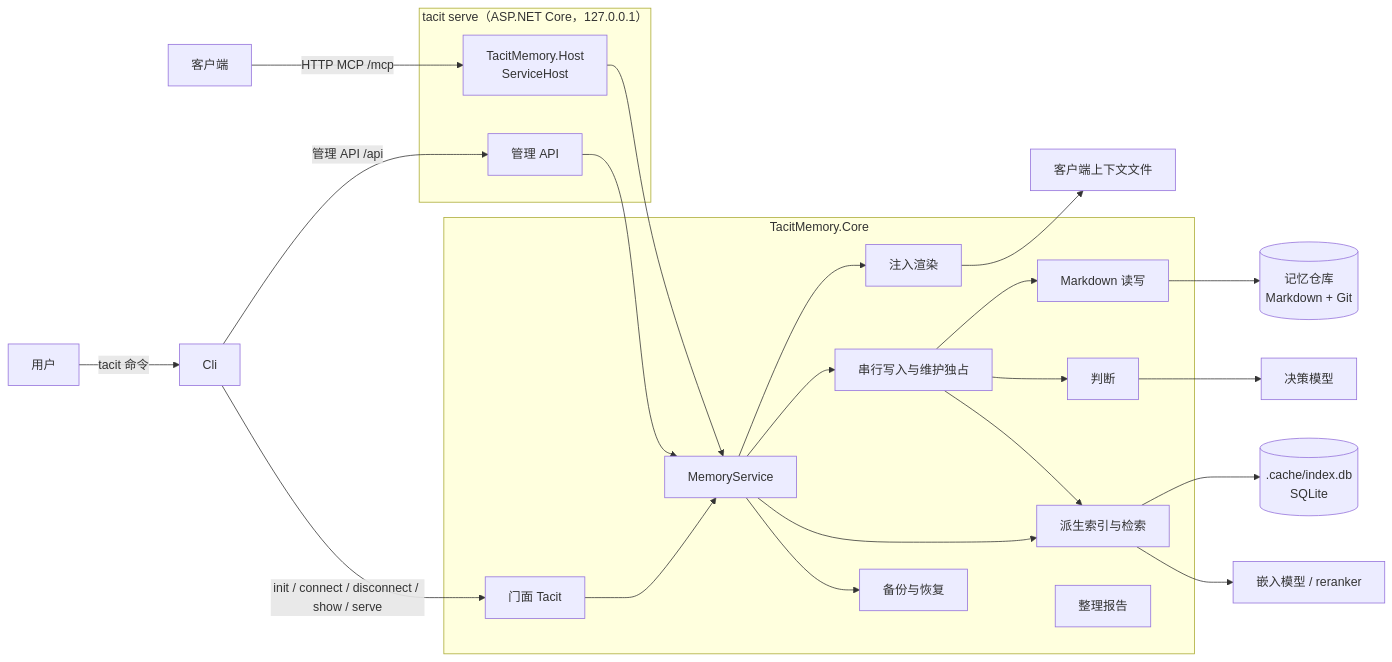
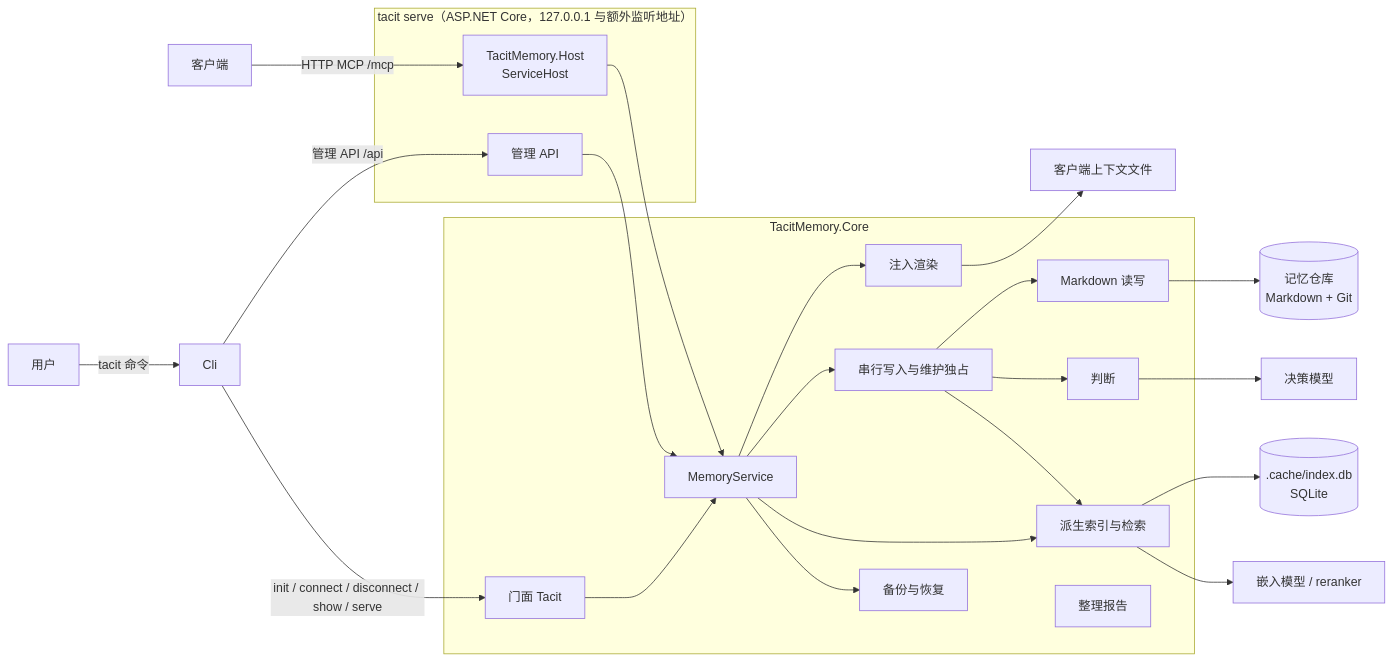
Before and after one commit to kearril/tacit-memory: the diagram in docs/architecture.md, drawn with Mermaid. The commit also changed other lines of this file and 7 other files, not shown here.

````diff
--- a/docs/architecture.md
+++ b/docs/architecture.md
@@ -11,37 +11,37 @@
 ```mermaid
 flowchart LR
     Client[客户端] -->|HTTP MCP /mcp| Mcp
     User[用户] -->|tacit 命令| Cli
     Cli -->|管理 API /api| Admin
-    subgraph Host["tacit serve（ASP.NET Core，127.0.0.1）"]
+    subgraph Host["tacit serve（ASP.NET Core，127.0.0.1 与额外监听地址）"]
         Mcp[TacitMemory.Host<br>ServiceHost]
         Admin[管理 API]
     end
     Cli -->|init / connect / disconnect / show / serve| Facade
     Mcp --> Service
     Admin --> Service
     subgraph Core["TacitMemory.Core"]
         Facade[门面 Tacit]
         Service[MemoryService]
         Writer[串行写入与维护独占]
         Store[Markdown 读写]
         Index[派生索引与检索]
         Judge[判断]
         Inject[注入渲染]
         Consolidation[整理报告]
         Backup[备份与恢复]
     end
     Facade --> Service
     Service --> Inject
     Service --> Writer
     Service --> Index
     Service --> Backup
     Writer --> Store
     Writer --> Judge
     Writer --> Index
     Store --> Repo[(记忆仓库<br>Markdown + Git)]
     Index --> Db[(.cache/index.db<br>SQLite)]
     Index --> Aux[嵌入模型 / reranker]
     Judge --> Decision[决策模型]
     Inject --> Files[客户端上下文文件]
 ```
````
